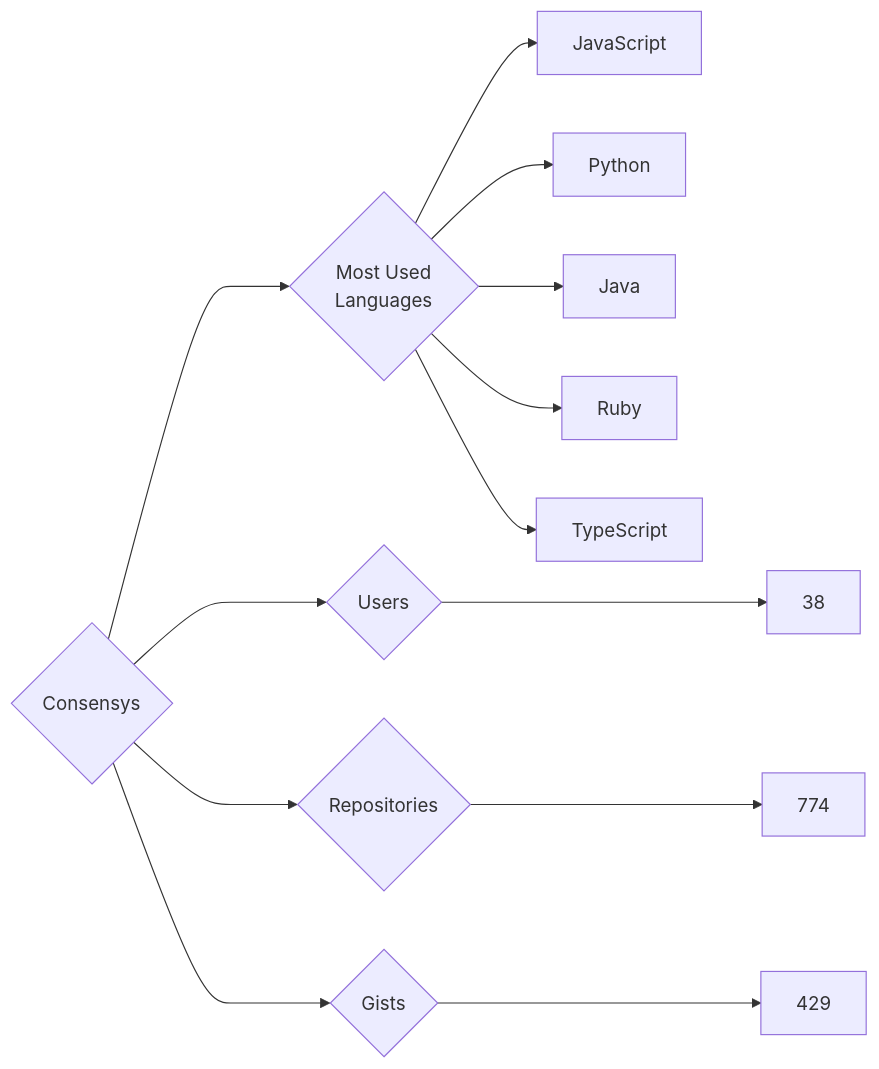
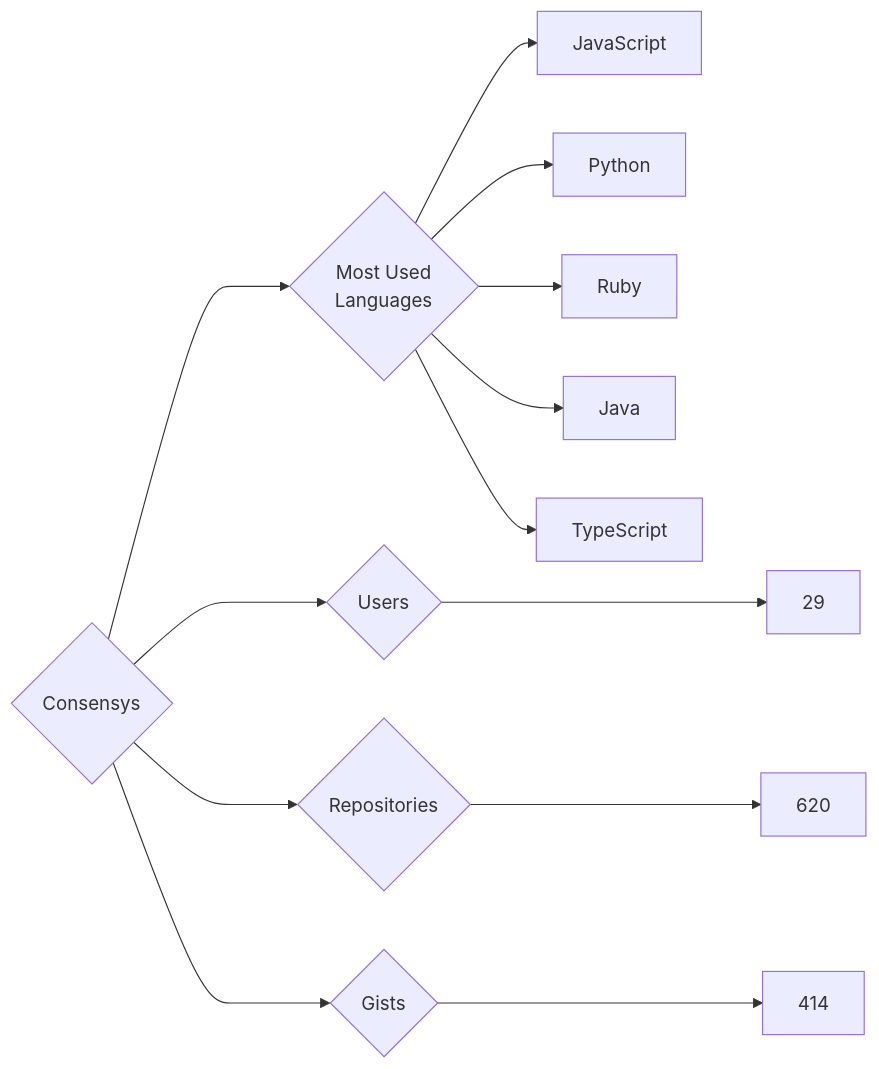
The diagram in targets/Consensys/README.md (trickest/insiders), drawn with Mermaid before and after one commit. The commit also changed 777 other files, not shown here.

````diff
--- a/targets/Consensys/README.md
+++ b/targets/Consensys/README.md
@@ -3,13 +3,13 @@
 ```mermaid
 graph LR
 COMPANY_NAME{Consensys}
-COMPANY_NAME ---> U{Users} ---> UN[38]
-COMPANY_NAME ---> R{Repositories} ---> RN[774]
-COMPANY_NAME ---> G{Gists} ---> GN[429]
+COMPANY_NAME ---> U{Users} ---> UN[29]
+COMPANY_NAME ---> R{Repositories} ---> RN[620]
+COMPANY_NAME ---> G{Gists} ---> GN[414]
 COMPANY_NAME ---> ML{Most Used<br>Languages}
 ML --> JavaScript[JavaScript]
 ML --> Python[Python]
+ML --> Ruby[Ruby]
 ML --> Java[Java]
-ML --> Ruby[Ruby]
 ML --> TypeScript[TypeScript]
 ```
````
